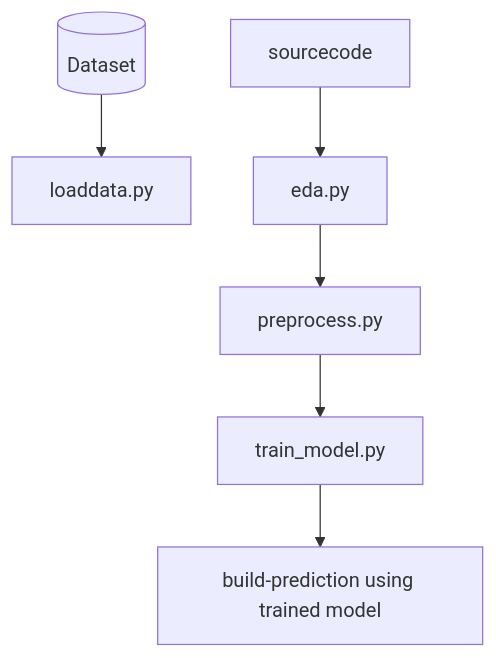
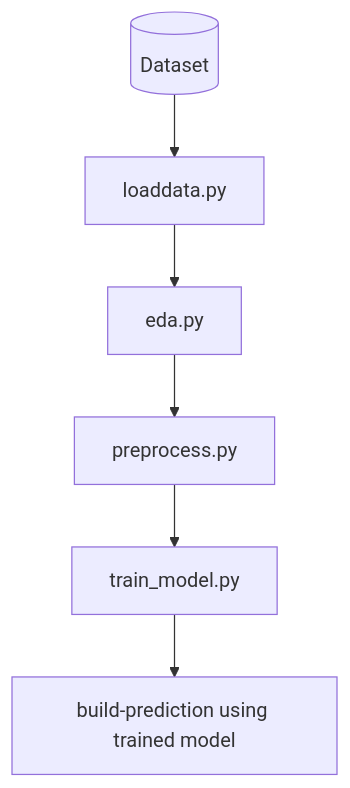
Before and after one commit to Rian021102/Smoker-Detection-Bio-Signs: the diagram in README.md, drawn with Mermaid.

````diff
--- a/README.md
+++ b/README.md
@@ -74,10 +74,10 @@
 ```mermaid
 flowchart TD
 dataset[(Dataset)]-->loaddata["loaddata.py"]
-sourcecode-->eda["eda.py"]
+loaddata-->eda["eda.py"]
 eda-->preprocess["preprocess.py"]
 preprocess-->trainmodel["train_model.py"]
 trainmodel-->predict["build-prediction using trained model"]
 
 
  ```
````
